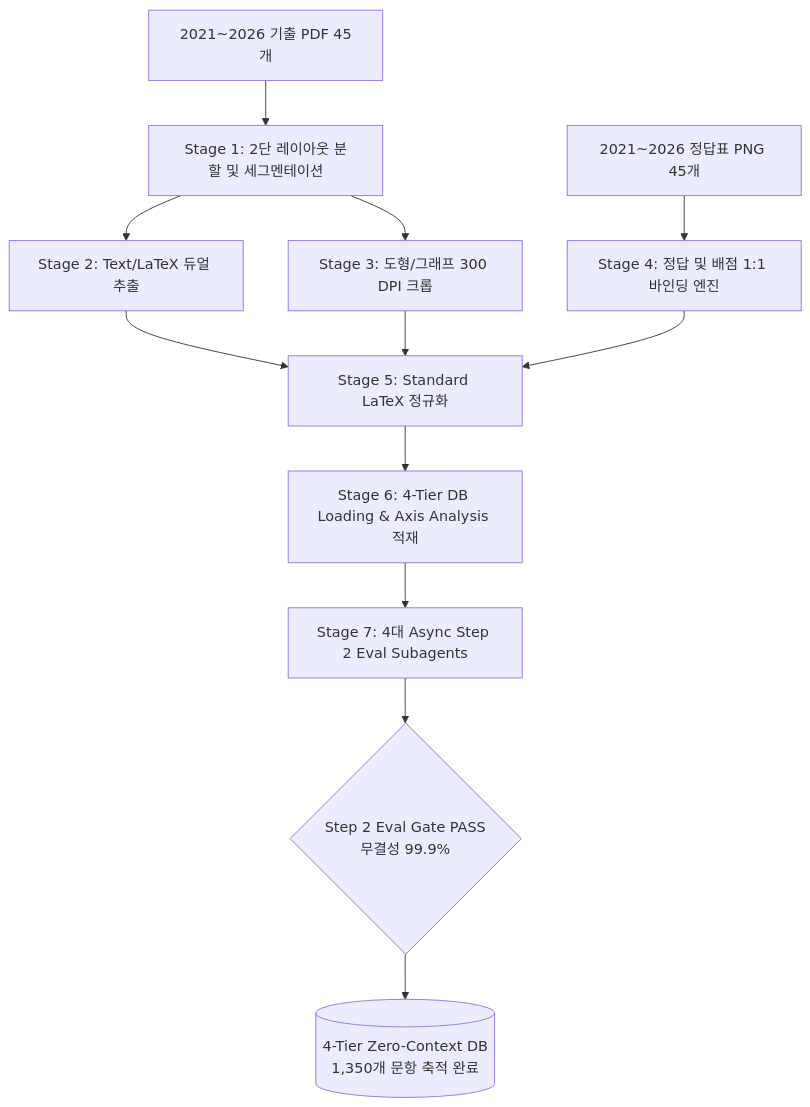
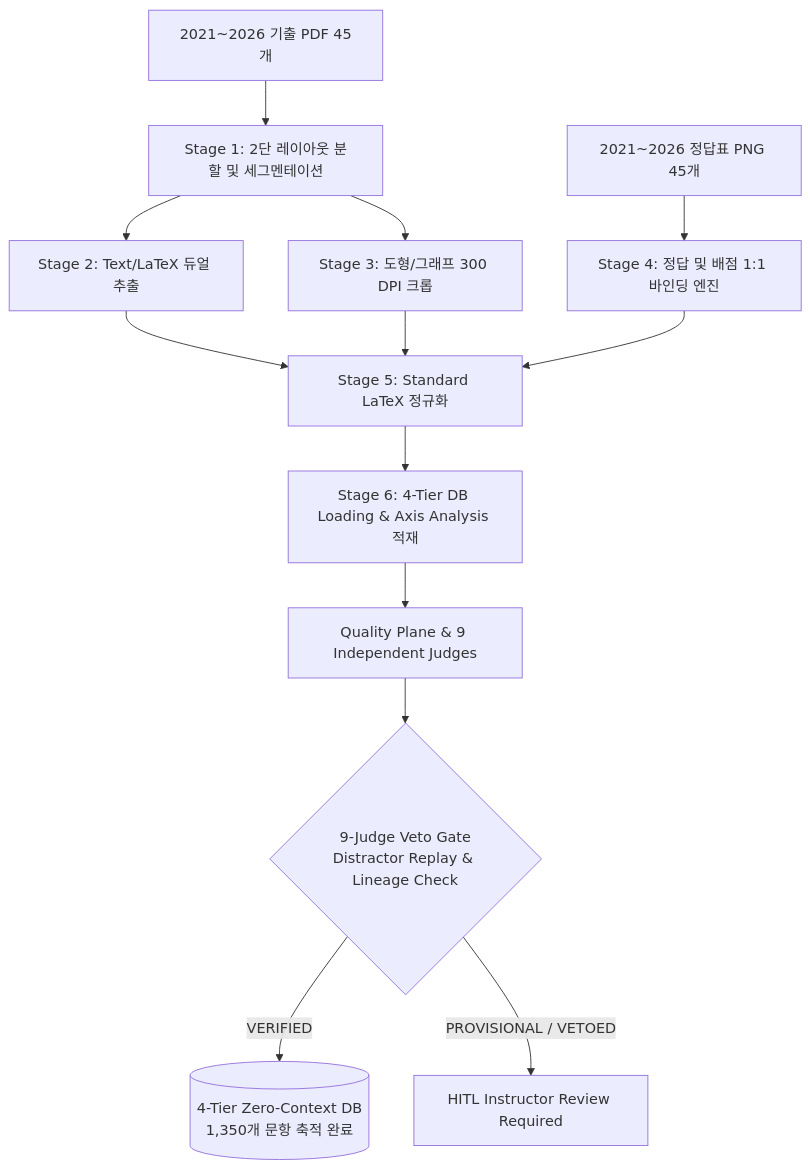
The diagram in docs/Walkthrough_Report.md (park-kyungchan/kice-math-agent-infra), drawn with Mermaid before and after one commit. The commit also changed other lines of this file and 16 other files, not shown here.

Commit message:
feat(eval): establish evidence-backed semantic ground truth, independent judges, and release gates (v2.7.0)

````diff
--- a/docs/Walkthrough_Report.md
+++ b/docs/Walkthrough_Report.md
@@ -9,15 +9,16 @@
 ```mermaid
 graph TD
     PDF[2021~2026 기출 PDF 45개] --> Stage1[Stage 1: 2단 레이아웃 분할 및 세그멘테이션]
     ANS[2021~2026 정답표 PNG 45개] --> Stage4[Stage 4: 정답 및 배점 1:1 바인딩 엔진]
     
     Stage1 --> Stage2[Stage 2: Text/LaTeX 듀얼 추출]
     Stage1 --> Stage3[Stage 3: 도형/그래프 300 DPI 크롭]
     
     Stage2 & Stage3 & Stage4 --> Stage5[Stage 5: Standard LaTeX 정규화]
     Stage5 --> Stage6[Stage 6: 4-Tier DB Loading & Axis Analysis 적재]
     
-    Stage6 --> Eval[Stage 7: 4대 Async Step 2 Eval Subagents]
-    Eval --> Gate{Step 2 Eval Gate PASS<br>무결성 99.9%}
-    Gate --> DB[(4-Tier Zero-Context DB<br>1,350개 문항 축적 완료)]
+    Stage6 --> QP[Quality Plane & 9 Independent Judges]
+    QP --> VetoGate{9-Judge Veto Gate<br>Distractor Replay & Lineage Check}
+    VetoGate -->|VERIFIED| DB[(4-Tier Zero-Context DB<br>1,350개 문항 축적 완료)]
+    VetoGate -->|PROVISIONAL / VETOED| HITL[HITL Instructor Review Required]
 ```
````
